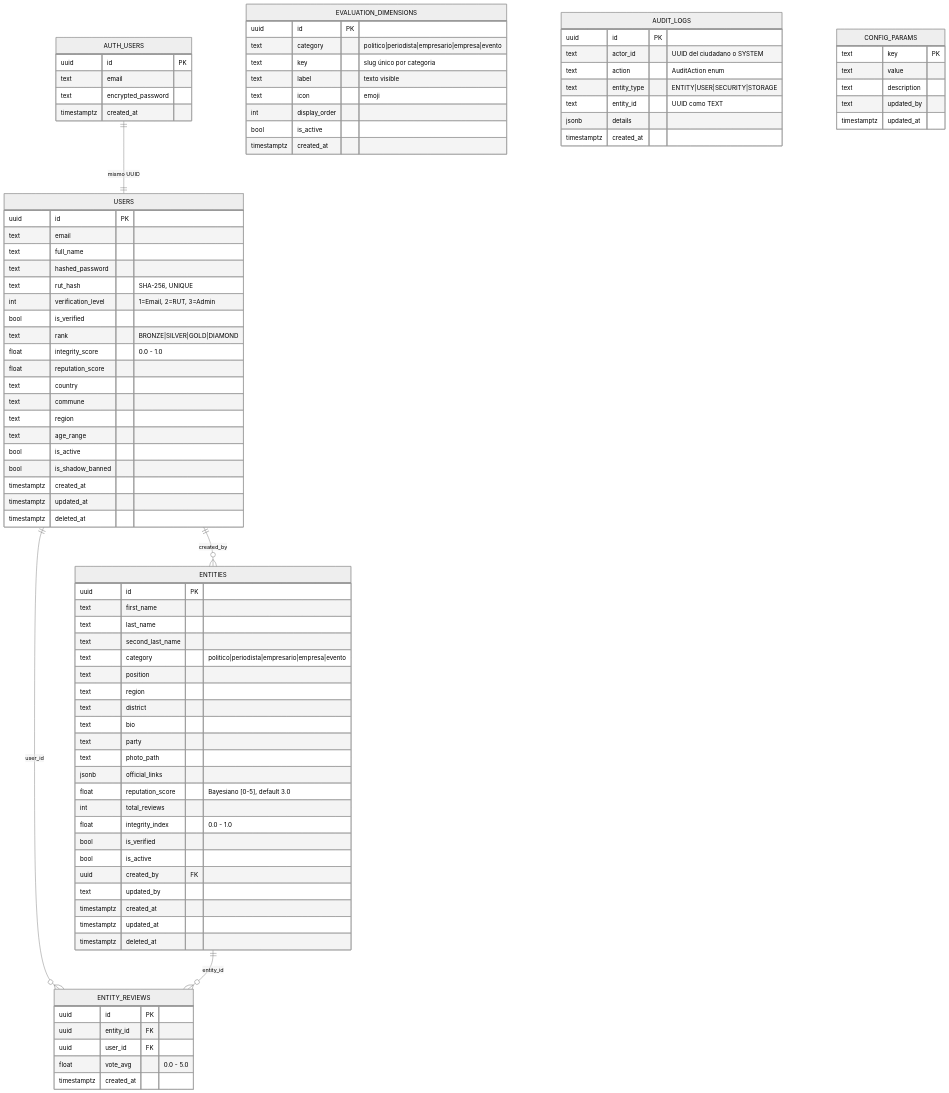
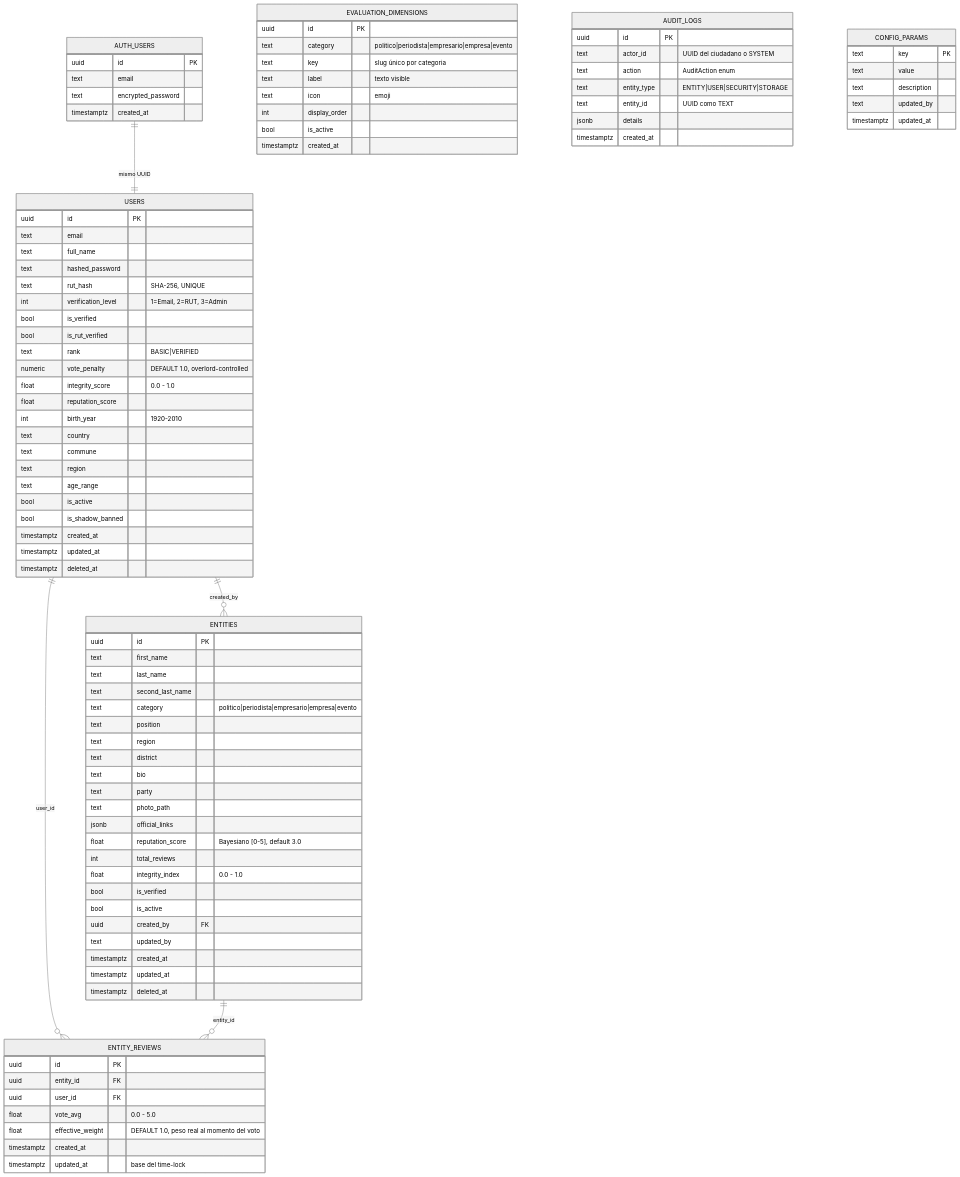
Before and after one commit to EduardoSereyM/beacon: the diagram in docs/esquema_bbdd.md, drawn with Mermaid (neutral theme). The commit also changed other lines of this file and 5 other files, not shown here.

```diff
--- a/docs/esquema_bbdd.md
+++ b/docs/esquema_bbdd.md
@@ -50,9 +50,12 @@
         text rut_hash "SHA-256, UNIQUE"
         int verification_level "1=Email, 2=RUT, 3=Admin"
         bool is_verified
-        text rank "BRONZE|SILVER|GOLD|DIAMOND"
+        bool is_rut_verified
+        text rank "BASIC|VERIFIED"
+        numeric vote_penalty "DEFAULT 1.0, overlord-controlled"
         float integrity_score "0.0 - 1.0"
         float reputation_score
+        int birth_year "1920-2010"
         text country
         text commune
         text region
@@ -94,7 +97,9 @@
         uuid entity_id FK
         uuid user_id FK
         float vote_avg "0.0 - 5.0"
+        float effective_weight "DEFAULT 1.0, peso real al momento del voto"
         timestamptz created_at
+        timestamptz updated_at "base del time-lock"
     }
 
     EVALUATION_DIMENSIONS {
```
